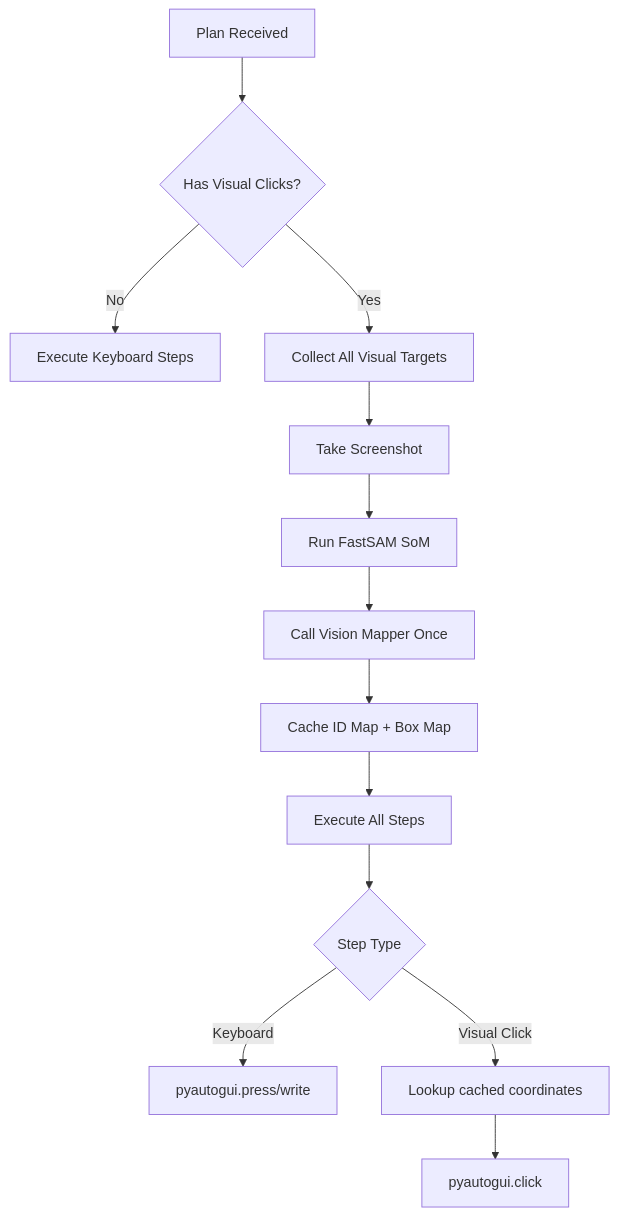
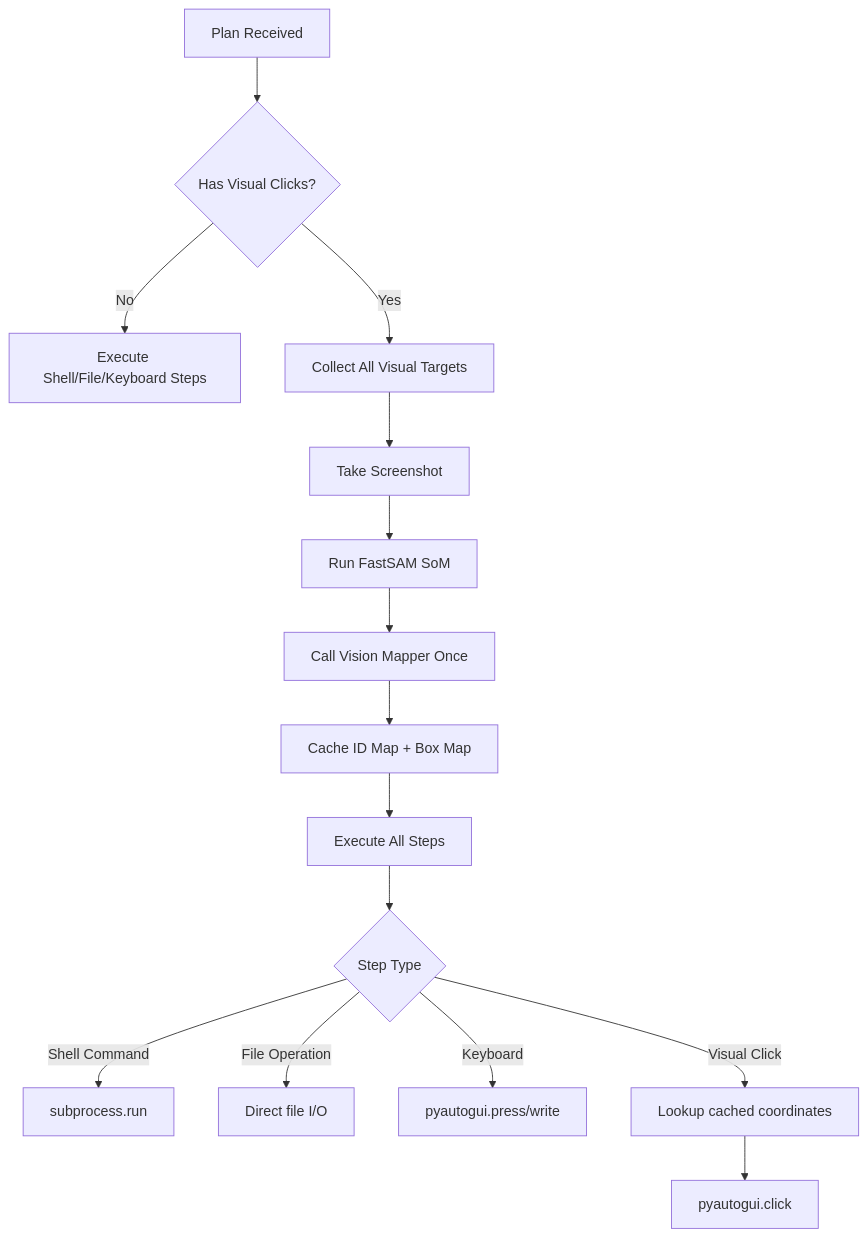
The third of 7 diagrams in PROJECT_DOCUMENTATION.md (Bada-Don/Jarvis), drawn with Mermaid before and after one commit. The commit also changed other lines of this file and 2 other files, not shown here.

````diff
--- a/PROJECT_DOCUMENTATION.md
+++ b/PROJECT_DOCUMENTATION.md
@@ -104,15 +140,17 @@
 ```mermaid
 flowchart TD
     A[Plan Received] --> B{Has Visual Clicks?}
-    B -->|No| C[Execute Keyboard Steps]
+    B -->|No| C[Execute Shell/File/Keyboard Steps]
     B -->|Yes| D[Collect All Visual Targets]
     D --> E[Take Screenshot]
     E --> F[Run FastSAM SoM]
     F --> G[Call Vision Mapper Once]
     G --> H[Cache ID Map + Box Map]
     H --> I[Execute All Steps]
     I --> J{Step Type}
-    J -->|Keyboard| K[pyautogui.press/write]
-    J -->|Visual Click| L[Lookup cached coordinates]
-    L --> M[pyautogui.click]
+    J -->|Shell Command| K[subprocess.run]
+    J -->|File Operation| L[Direct file I/O]
+    J -->|Keyboard| M[pyautogui.press/write]
+    J -->|Visual Click| N[Lookup cached coordinates]
+    N --> O[pyautogui.click]
 ```
````
